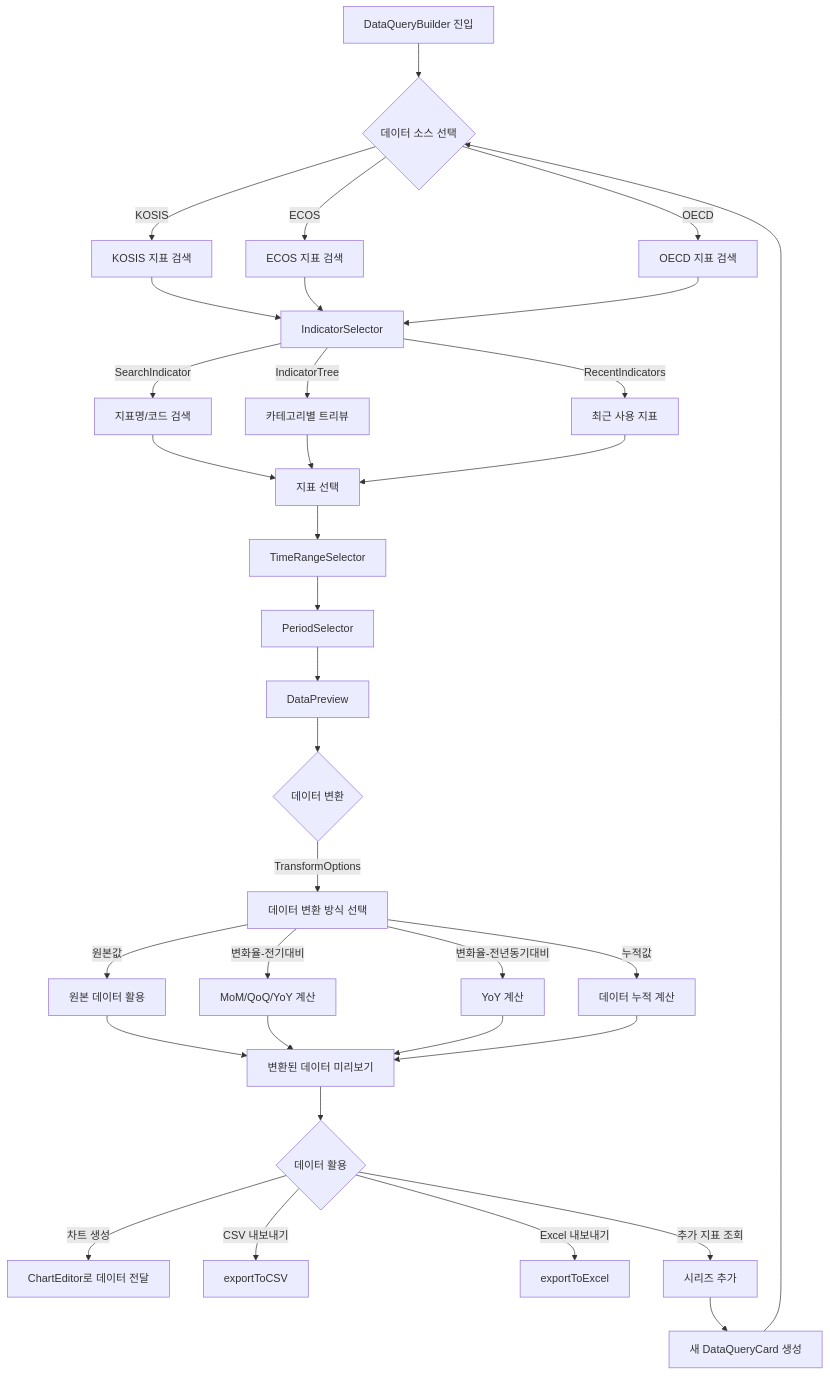
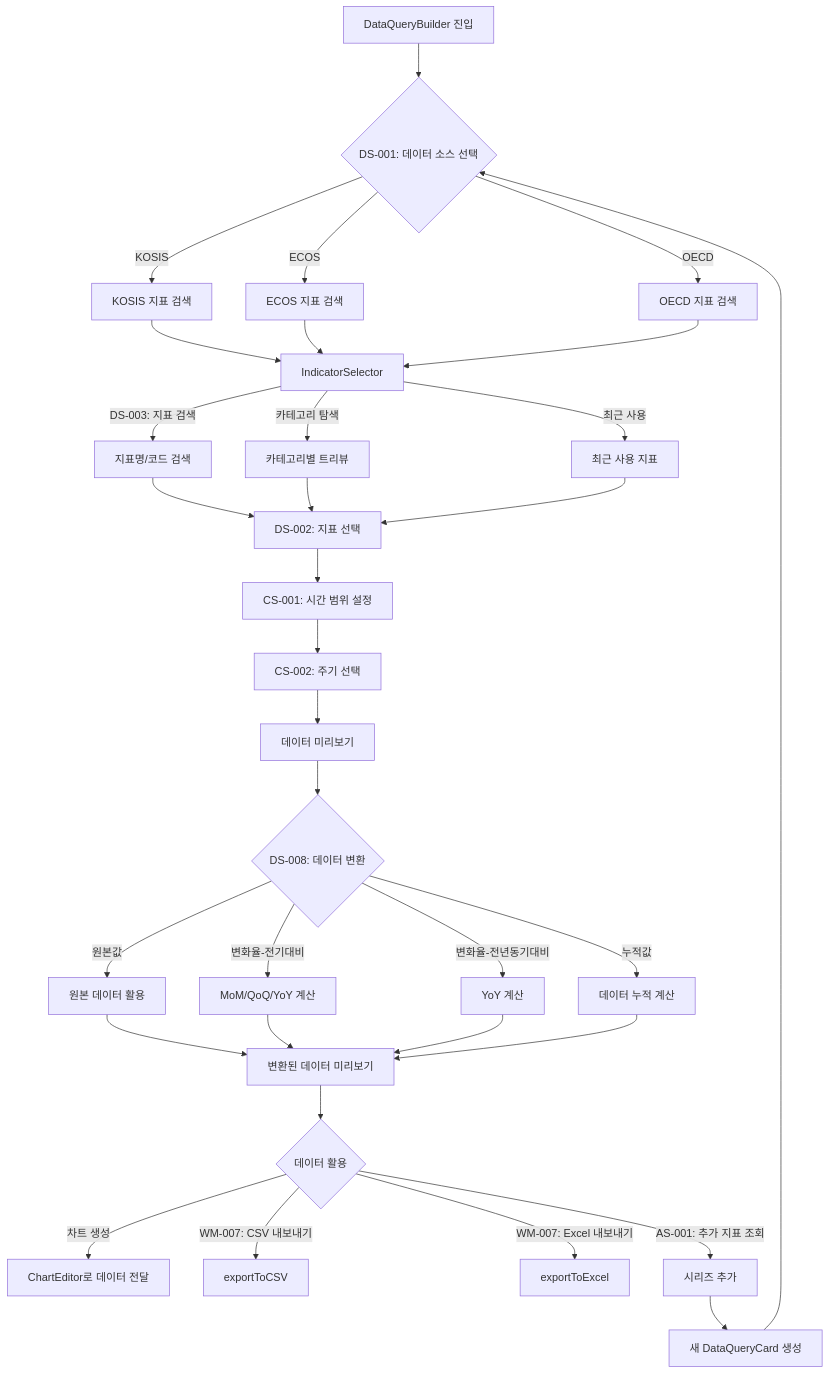
One commit to Seungwoo321/etorch-docs changed the ninth of 19 diagrams in ui-design/user-flows.md. Above: the diagram before and after it, drawn with Mermaid. The commit also changed other lines of this file, not shown here.

````diff
--- a/ui-design/user-flows.md
+++ b/ui-design/user-flows.md
@@ -396,44 +368,43 @@
 ```mermaid
 flowchart TD
-    A[DataQueryBuilder 진입] --> B{데이터 소스 선택}
+    A[DataQueryBuilder 진입] --> B{DS-001: 데이터 소스 선택}
     B -->|KOSIS| C1[KOSIS 지표 검색]
     B -->|ECOS| C2[ECOS 지표 검색]
     B -->|OECD| C3[OECD 지표 검색]
     
     C1 --> D[IndicatorSelector]
     C2 --> D
     C3 --> D
     
-    D -->|SearchIndicator| E1[지표명/코드 검색]
-    D -->|IndicatorTree| E2[카테고리별 트리뷰]
-    D -->|RecentIndicators| E3[최근 사용 지표]
+    D -->|DS-003: 지표 검색| E1[지표명/코드 검색]
+    D -->|카테고리 탐색| E2[카테고리별 트리뷰]
+    D -->|최근 사용| E3[최근 사용 지표]
     
-    E1 --> F[지표 선택]
+    E1 --> F[DS-002: 지표 선택]
     E2 --> F
     E3 --> F
     
-    F --> G[TimeRangeSelector]
-    G --> H[PeriodSelector]
-    H --> I[DataPreview]
+    F --> G[CS-001: 시간 범위 설정]
+    G --> H[CS-002: 주기 선택]
+    H --> I[데이터 미리보기]
     
-    I --> J{데이터 변환}
-    J -->|TransformOptions| K[데이터 변환 방식 선택]
-    K -->|원본값| L1[원본 데이터 활용]
-    K -->|변화율-전기대비| L2[MoM/QoQ/YoY 계산]
-    K -->|변화율-전년동기대비| L3[YoY 계산]
-    K -->|누적값| L4[데이터 누적 계산]
+    I --> J{DS-008: 데이터 변환}
+    J -->|원본값| K1[원본 데이터 활용]
+    J -->|변화율-전기대비| K2[MoM/QoQ/YoY 계산]
+    J -->|변화율-전년동기대비| K3[YoY 계산]
+    J -->|누적값| K4[데이터 누적 계산]
     
-    L1 --> M[변환된 데이터 미리보기]
-    L2 --> M
-    L3 --> M
-    L4 --> M
+    K1 --> L[변환된 데이터 미리보기]
+    K2 --> L
+    K3 --> L
+    K4 --> L
     
-    M --> N{데이터 활용}
-    N -->|차트 생성| O1[ChartEditor로 데이터 전달]
-    N -->|CSV 내보내기| O2[exportToCSV]
-    N -->|Excel 내보내기| O3[exportToExcel]
-    N -->|추가 지표 조회| P[시리즈 추가]
+    L --> M{데이터 활용}
+    M -->|차트 생성| N1[ChartEditor로 데이터 전달]
+    M -->|WM-007: CSV 내보내기| N2[exportToCSV]
+    M -->|WM-007: Excel 내보내기| N3[exportToExcel]
+    M -->|AS-001: 추가 지표 조회| O[시리즈 추가]
     
-    P --> Q[새 DataQueryCard 생성]
-    Q --> B
+    O --> P[새 DataQueryCard 생성]
+    P --> B
 ```
````
